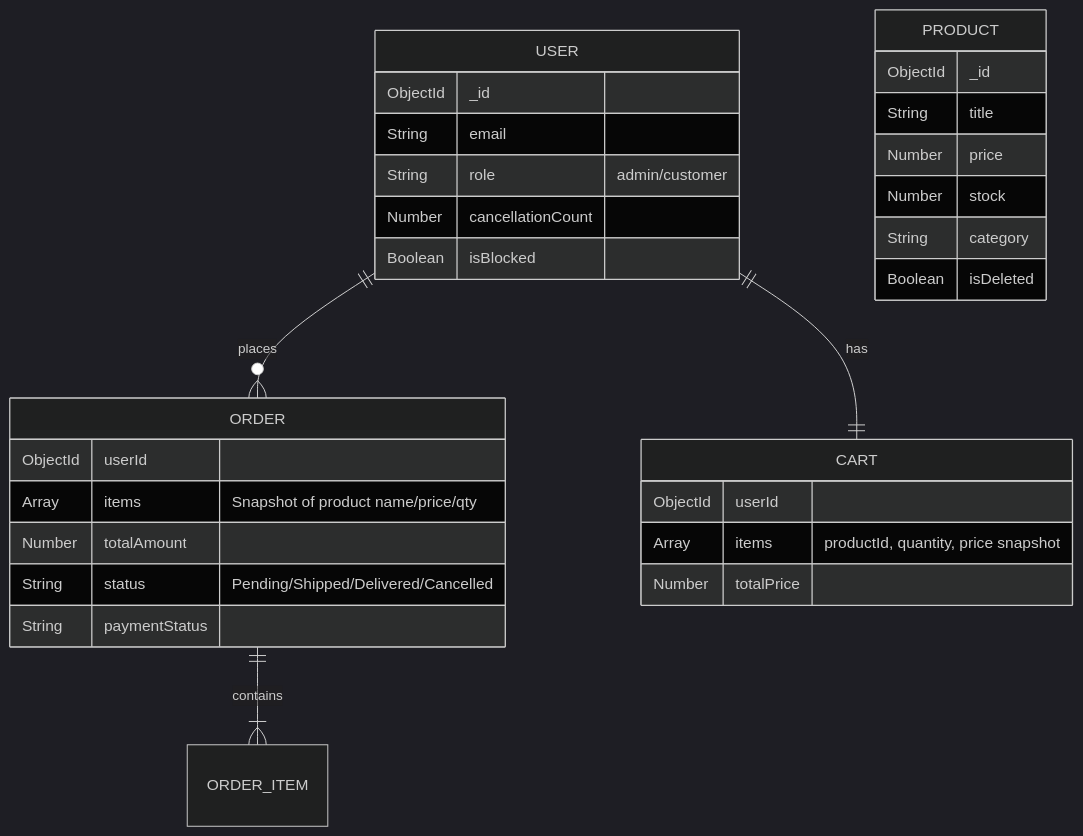
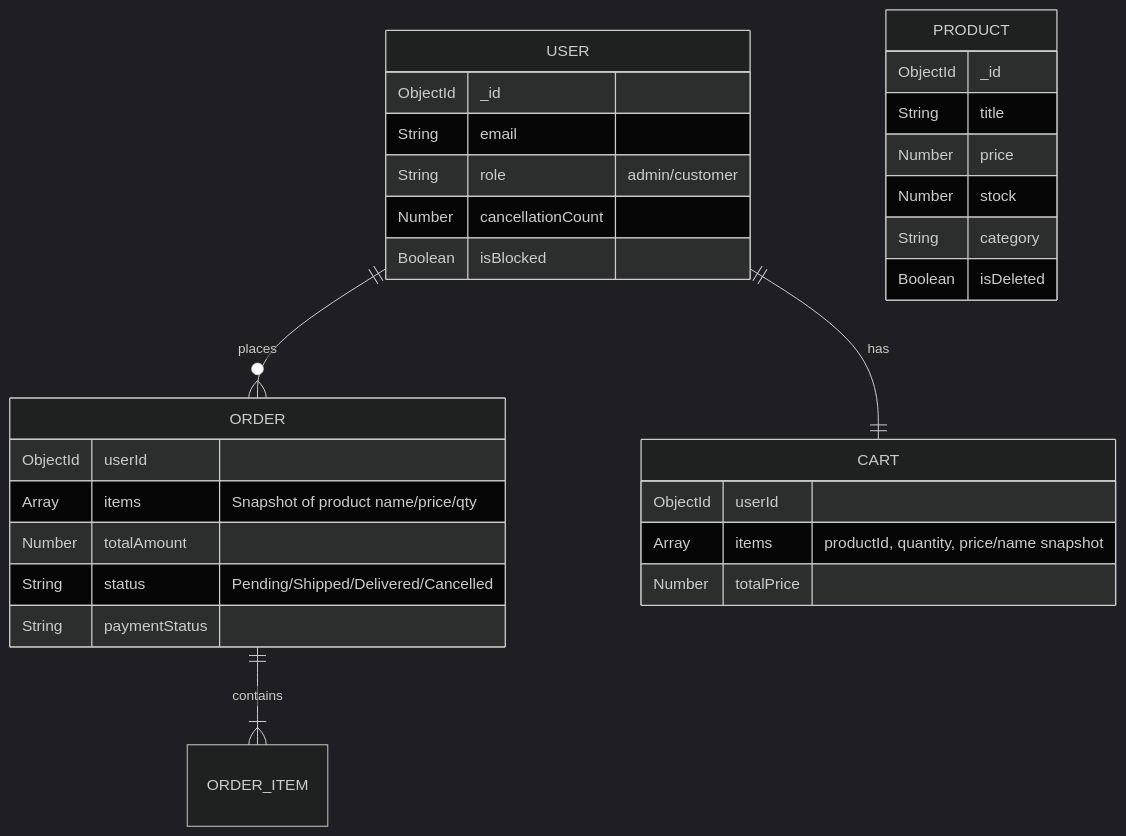
The diagram in README.md (smri29/Mini-E-Commerce-API), drawn with Mermaid (dark theme) before and after one commit. The commit also changed other lines of this file and 26 other files, not shown here.

````diff
--- a/README.md
+++ b/README.md
@@ -133,37 +157,37 @@
 ```mermaid
 erDiagram
     USER ||--o{ ORDER : places
     USER ||--|| CART : has
     ORDER ||--|{ ORDER_ITEM : contains
 
     USER {
         ObjectId _id
         String email
         String role "admin/customer"
         Number cancellationCount
         Boolean isBlocked
     }
 
     PRODUCT {
         ObjectId _id
         String title
         Number price
         Number stock
         String category
         Boolean isDeleted
     }
 
     CART {
         ObjectId userId
-        Array items "productId, quantity, price snapshot"
+        Array items "productId, quantity, price/name snapshot"
         Number totalPrice
     }
 
     ORDER {
         ObjectId userId
         Array items "Snapshot of product name/price/qty"
         Number totalAmount
         String status "Pending/Shipped/Delivered/Cancelled"
         String paymentStatus
     }
 ```
````
